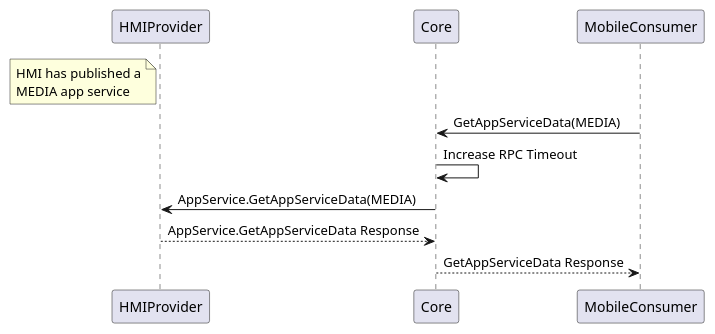
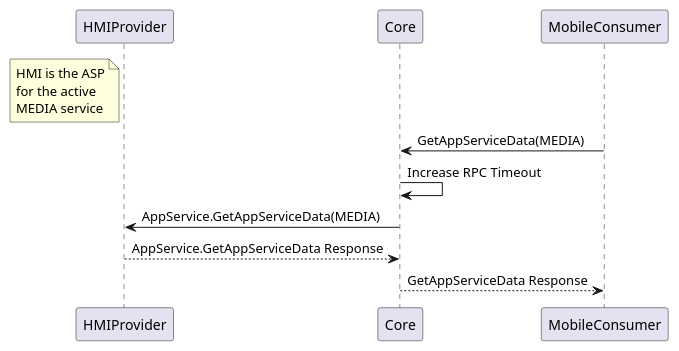
One commit to smartdevicelink/sdl_hmi_integration_guidelines changed the diagram in docs/AppService/GetAppServiceData/assets/GetAppServiceData_HMI_ASP.puml. Above: the diagram before and after it, drawn with PlantUML. The commit also changed 16 other files, not shown here.

```diff
--- a/docs/AppService/GetAppServiceData/assets/GetAppServiceData_HMI_ASP.puml
+++ b/docs/AppService/GetAppServiceData/assets/GetAppServiceData_HMI_ASP.puml
@@ -1,14 +1,14 @@
 @startuml GetAppServiceData_HMI_ASP
 participant HMIProvider
 participant Core
 participant MobileConsumer
 
-note left of HMIProvider: HMI has published a\nMEDIA app service
+note left of HMIProvider: HMI is the ASP\nfor the active\nMEDIA service
 
 MobileConsumer -> Core: GetAppServiceData(MEDIA)
 Core -> Core : Increase RPC Timeout
 Core -> HMIProvider: AppService.GetAppServiceData(MEDIA)
 HMIProvider --> Core: AppService.GetAppServiceData Response
 Core --> MobileConsumer: GetAppServiceData Response
 
 @enduml
```
